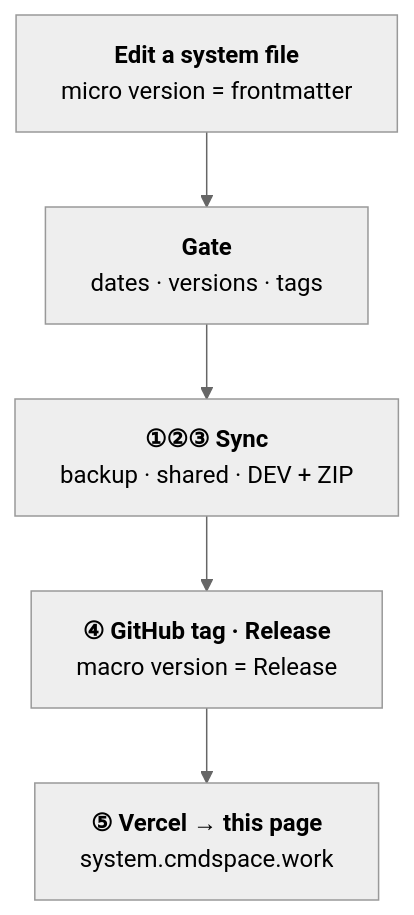
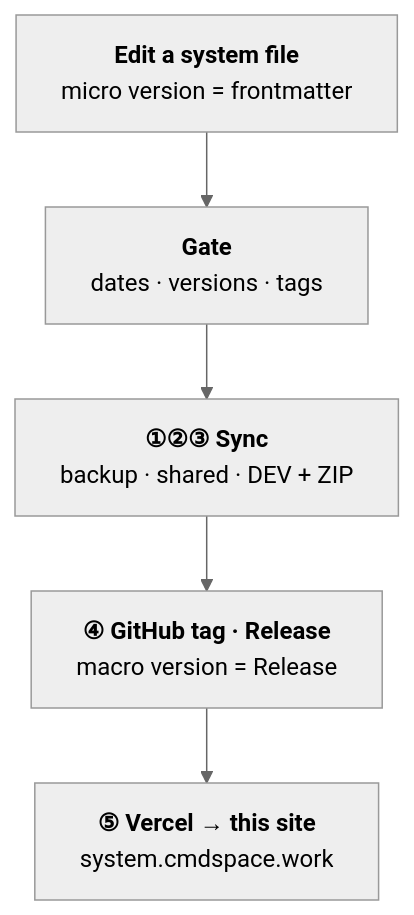
The diagram in diagrams/src/release-flow-en.md (johnfkoo951/cmds-system-files), drawn with Mermaid (neutral theme) before and after one commit. The commit also changed other lines of this file and 20 other files, not shown here.

Commit message:
site: diagrams after reviewer pass (tighter labels, one-sentence captions, who-reads-what as flowchart) + copy refresh

````diff
--- a/diagrams/src/release-flow-en.md
+++ b/diagrams/src/release-flow-en.md
@@ -1,15 +1,15 @@
 ```mermaid
 flowchart TD
-  %% @name: release-flow-en
-  %% @alt: Editing a system file in the vault passes a gate, is synced to backup, shared and DEV copies, pushed to GitHub with a tag and Release, and deployed by Vercel to system.cmdspace.work. Versions live on two layers: the micro version in each file's frontmatter, the macro version in CHANGELOG and the GitHub Release.
-  %% @key: G, SITE
+%% @name: release-flow-en
+%% @alt: Editing a system file in the vault passes a gate, is synced to backup, shared and DEV copies, pushed to GitHub with a tag and Release, and deployed by Vercel to system.cmdspace.work. Versions live on two layers: the micro version in each file's frontmatter, the macro version in CHANGELOG and the GitHub Release.
+%% @key: G, SITE
   E["`**Edit a system file**
 micro version = frontmatter`"] --> G["`**Gate**
 dates · versions · tags`"]
   G --> SYNC["`**①②③ Sync**
 backup · shared · DEV + ZIP`"]
   SYNC --> GH["`**④ GitHub tag · Release**
 macro version = Release`"]
-  GH --> SITE["`**⑤ Vercel → this page**
+  GH --> SITE["`**⑤ Vercel → this site**
 system.cmdspace.work`"]
 ```
````
